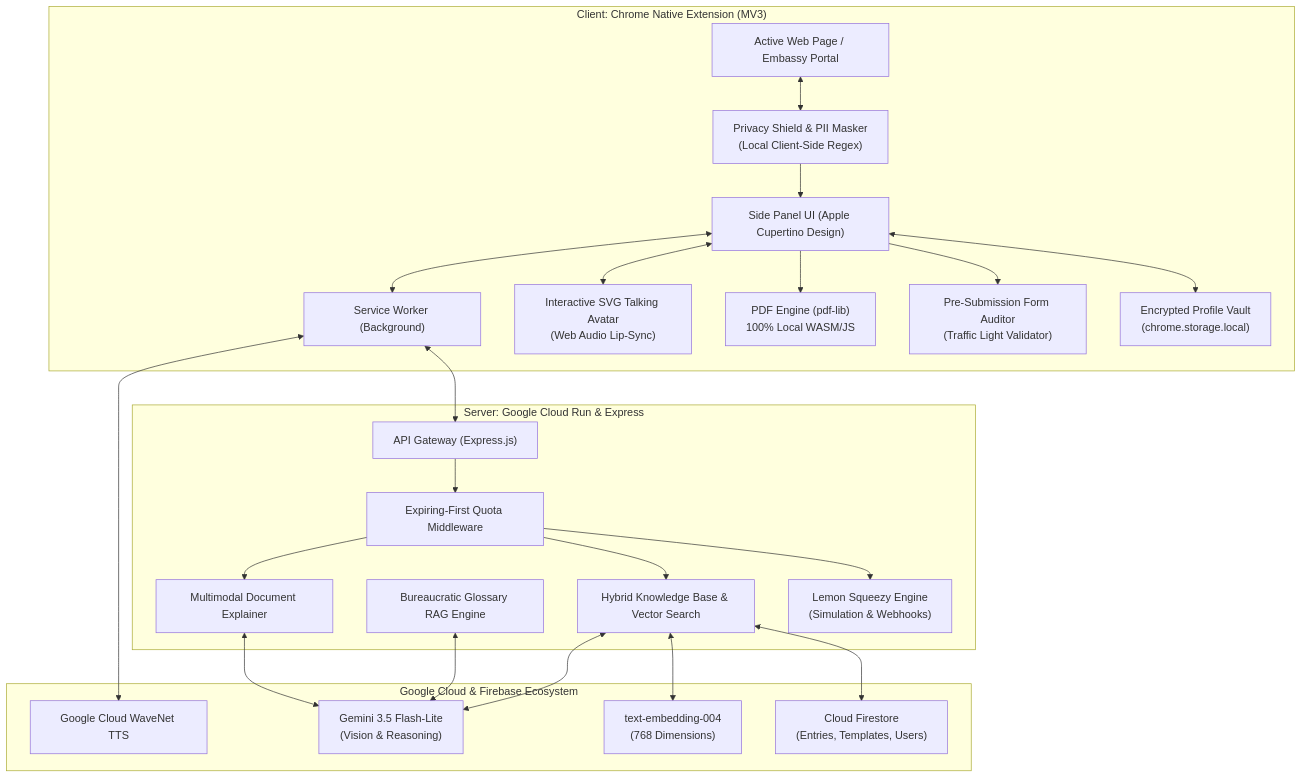
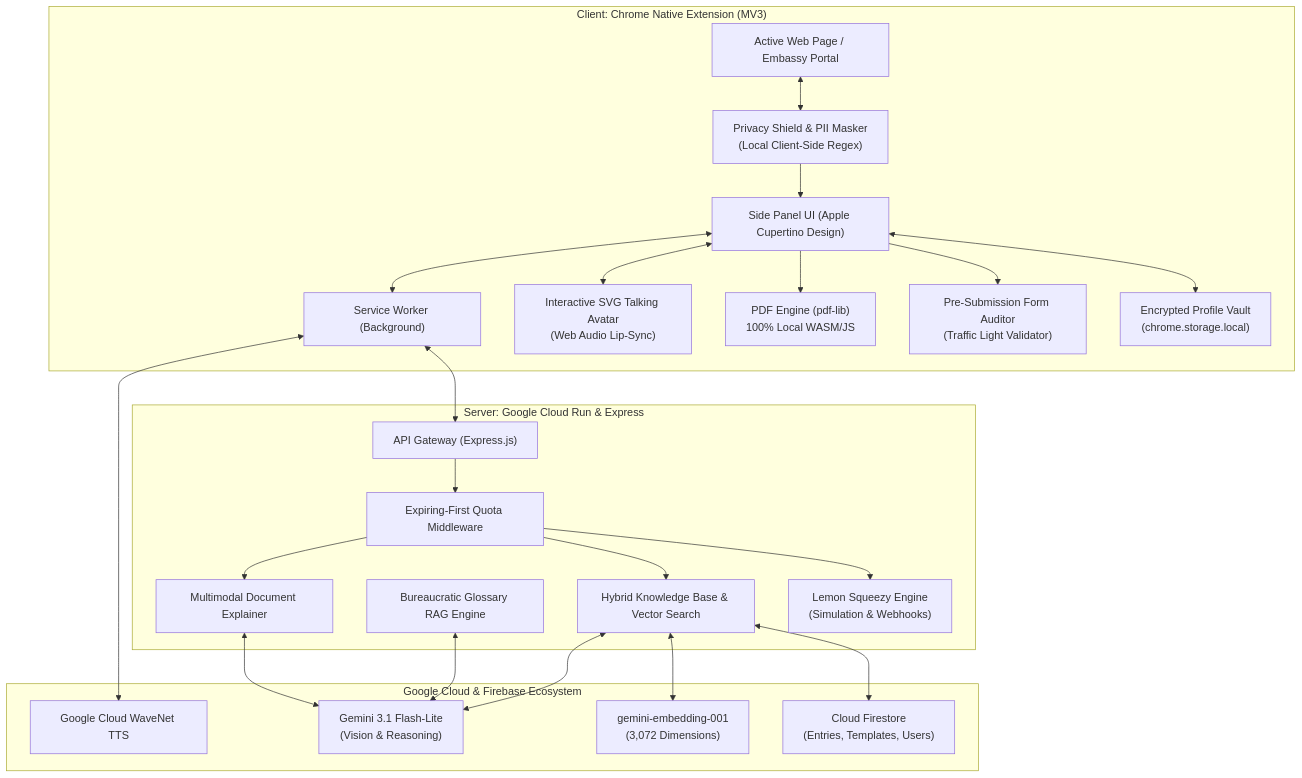
Before and after one commit to arfabi/telmy.ai: the diagram in README.md, drawn with Mermaid. The commit also changed other lines of this file and 1 other file, not shown here.

````diff
--- a/README.md
+++ b/README.md
@@ -41,48 +41,48 @@
 ```mermaid
 graph TD
     subgraph Browser ["Client: Chrome Native Extension (MV3)"]
         Tab["Active Web Page / Embassy Portal"]
         SW["Service Worker (Background)"]
         SP["Side Panel UI (Apple Cupertino Design)"]
         Avatar["Interactive SVG Talking Avatar\n(Web Audio Lip-Sync)"]
         Vault["Encrypted Profile Vault\n(chrome.storage.local)"]
         Shield["Privacy Shield & PII Masker\n(Local Client-Side Regex)"]
         Auditor["Pre-Submission Form Auditor\n(Traffic Light Validator)"]
         PDFClient["PDF Engine (pdf-lib)\n100% Local WASM/JS"]
     end
 
     subgraph Backend ["Server: Google Cloud Run & Express"]
         API["API Gateway (Express.js)"]
         QuotaMid["Expiring-First Quota Middleware"]
         DictSvc["Hybrid Knowledge Base & Vector Search"]
         BuroSvc["Bureaucratic Glossary RAG Engine"]
         PDFSvc["Multimodal Document Explainer"]
         PaySvc["Lemon Squeezy Engine\n(Simulation & Webhooks)"]
     end
 
     subgraph GoogleAI ["Google Cloud & Firebase Ecosystem"]
-        GeminiFlash["Gemini 3.5 Flash-Lite\n(Vision & Reasoning)"]
-        GeminiEmbed["text-embedding-004\n(768 Dimensions)"]
+        GeminiFlash["Gemini 3.1 Flash-Lite\n(Vision & Reasoning)"]
+        GeminiEmbed["gemini-embedding-001\n(3,072 Dimensions)"]
         GoogleTTS["Google Cloud WaveNet TTS"]
         Firestore["Cloud Firestore\n(Entries, Templates, Users)"]
     end
 
     Tab <--> Shield
     Shield --> SP
     SP <--> Vault
     SP --> Auditor
     SP --> PDFClient
     SP <--> Avatar
     SP <--> SW
     SW <--> API
     API --> QuotaMid
     QuotaMid --> PaySvc
     QuotaMid --> DictSvc
     QuotaMid --> PDFSvc
     DictSvc <--> Firestore
     DictSvc <--> GeminiEmbed
     DictSvc <--> GeminiFlash
     BuroSvc <--> GeminiFlash
     PDFSvc <--> GeminiFlash
     SW <--> GoogleTTS
 ```
````
